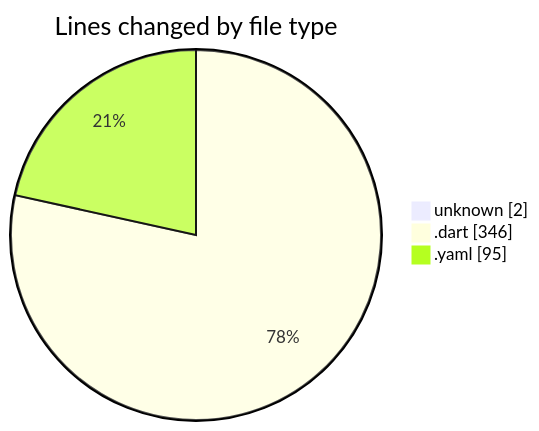
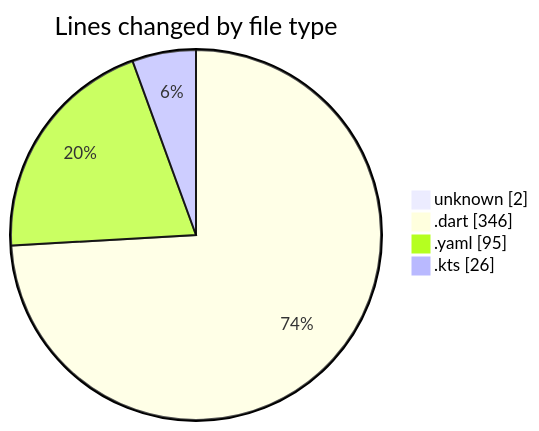
Before and after one commit to donsfak/code-tracking: the first of 2 diagrams in 2025-10-19/weather_insights_app/README.md, drawn with Mermaid. The commit also changed other lines of this file and 1 other file, not shown here.

````diff
--- a/2025-10-19/weather_insights_app/README.md
+++ b/2025-10-19/weather_insights_app/README.md
@@ -26,7 +27,8 @@
 ```mermaid
 pie showData
 title Lines changed by file type
 "unknown" : 2
 ".dart" : 346
 ".yaml" : 95
+".kts" : 26
 ```
````
